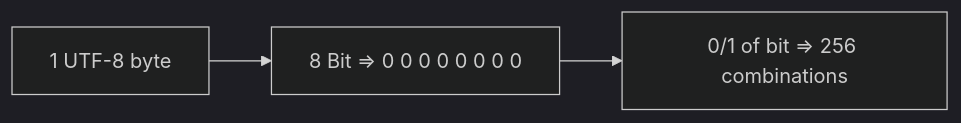
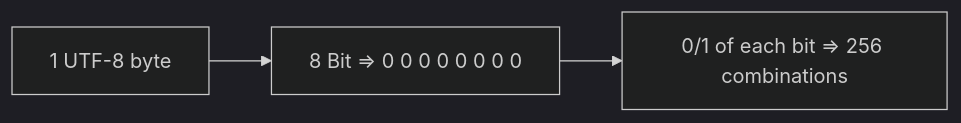
Before and after one commit to ChrisZhu2050/chriszhu2050.github.io: the third of 3 diagrams in README.md, drawn with Mermaid (dark theme).

````diff
--- a/README.md
+++ b/README.md
@@ -60,4 +60,4 @@
         ```mermaid
           graph LR
-              A[1 UTF-8 byte] --> B[8 Bit => 0 0 0 0 0 0 0 0 ] --> C[0/1 of bit => 256 combinations]
+              A[1 UTF-8 byte] --> B[8 Bit => 0 0 0 0 0 0 0 0 ] --> C[0/1 of each bit => 256 combinations]
         ```
````
